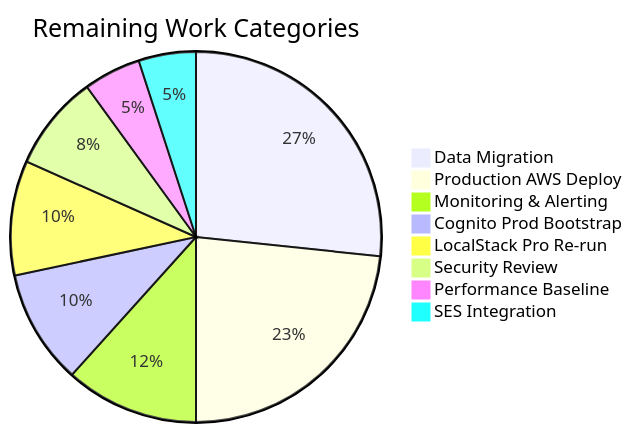
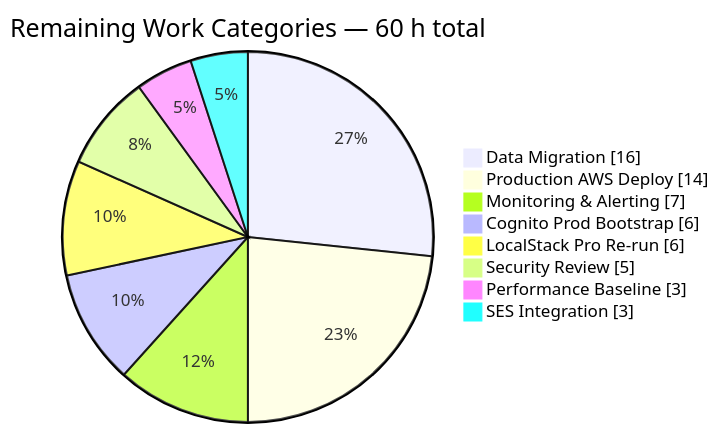
The fourth of 4 diagrams in blitzy/documentation/Project Guide.md (Blitzy-Sandbox/blitzy-WebVella-ERP), drawn with Mermaid before and after one commit. The commit also changed other lines of this file, not shown here.

Commit message:
Adding Blitzy Project Guide: Project Status and Human Tasks Remaining

````diff
--- a/blitzy/documentation/Project Guide.md
+++ b/blitzy/documentation/Project Guide.md
@@ -300,11 +309,11 @@
 ```mermaid
-pie title Remaining Work Categories
+pie showData title Remaining Work Categories — 60 h total
     "Data Migration" : 16
     "Production AWS Deploy" : 14
     "Monitoring & Alerting" : 7
     "Cognito Prod Bootstrap" : 6
     "LocalStack Pro Re-run" : 6
     "Security Review" : 5
     "Performance Baseline" : 3
     "SES Integration" : 3
 ```
````
